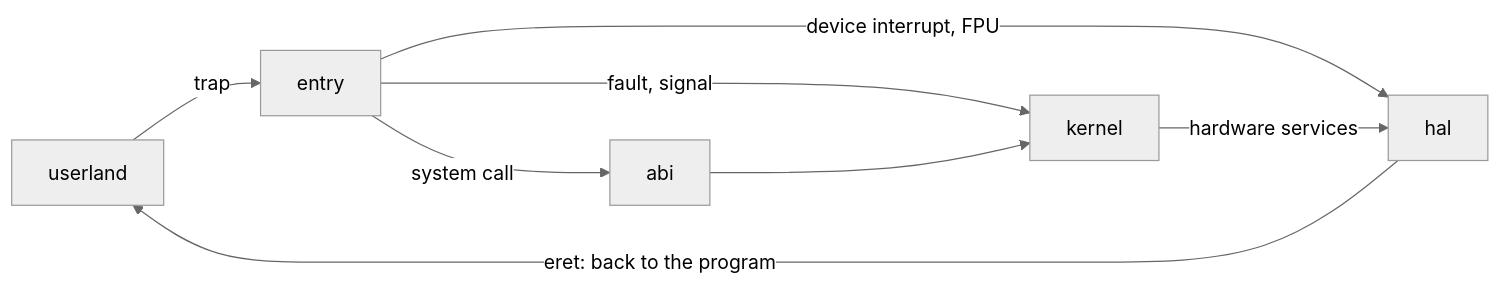
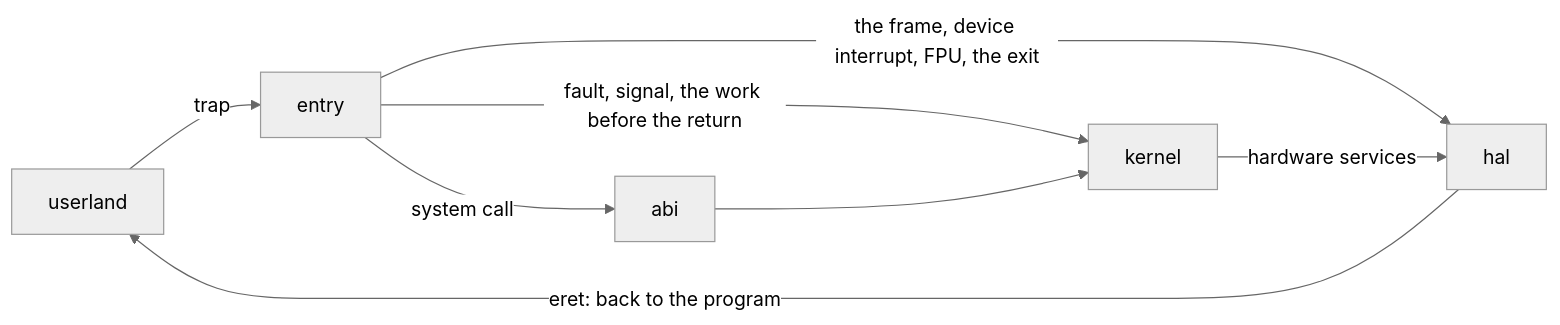
Before and after one commit to EmiBSD/Kernel: the second of 5 diagrams in docs/ENTRY.md, drawn with Mermaid (neutral theme). The commit also changed other lines of this file and 1 other file, not shown here.

````diff
--- a/docs/ENTRY.md
+++ b/docs/ENTRY.md
@@ -72,10 +89,10 @@
 ```mermaid
 flowchart LR
     U["userland"] -->|"trap"| E["entry"]
     E -->|"system call"| ABI["abi"]
-    E -->|"fault, signal"| K["kernel"]
-    E -->|"device interrupt, FPU"| HAL["hal"]
+    E -->|"fault, signal, the work before the return"| K["kernel"]
+    E -->|"the frame, device interrupt, FPU, the exit"| HAL["hal"]
     ABI --> K
     K -->|"hardware services"| HAL
     HAL -->|"eret: back to the program"| U
 ```
````
